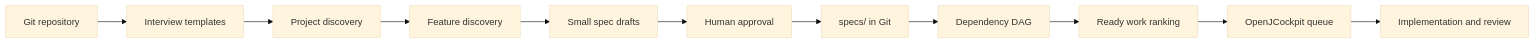
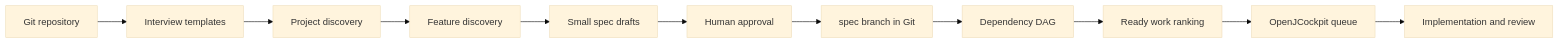
One commit to OpenJCockpit/OpenJControlTower changed the diagram in README.md. Above: the diagram before and after it, drawn with Mermaid (base theme). The commit also changed other lines of this file and 74 other files, not shown here.

````diff
--- a/README.md
+++ b/README.md
@@ -36,13 +37,13 @@
 ```mermaid
 flowchart LR
   R[Git repository] --> T[Interview templates]
   T --> I[Project discovery]
   I --> F[Feature discovery]
   F --> S[Small spec drafts]
   S --> A[Human approval]
-  A --> G[specs/ in Git]
+  A --> G[spec branch in Git]
   G --> D[Dependency DAG]
   D --> Q[Ready work ranking]
   Q --> O[OpenJCockpit queue]
   O --> W[Implementation and review]
 ```
````
